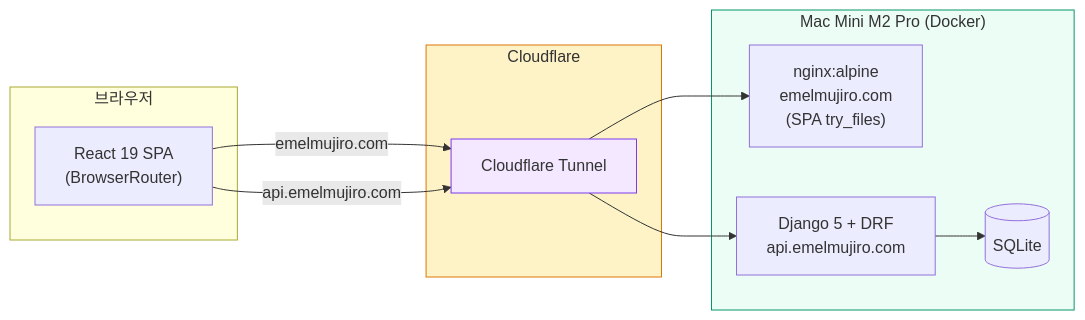
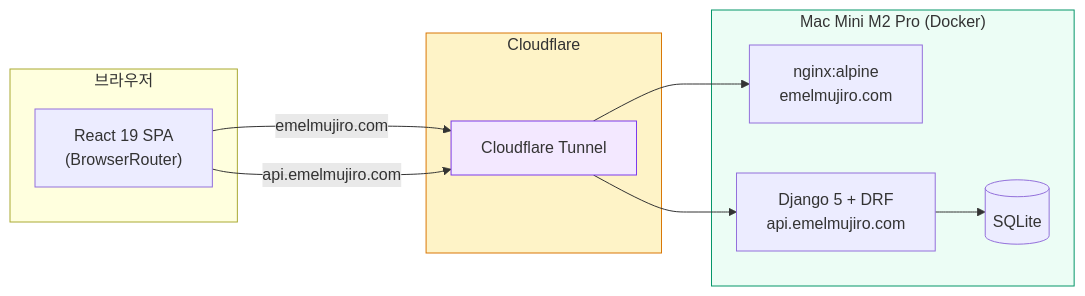
One commit to researcherhojin/emelmujiro changed the diagram in README.md. Above: the diagram before and after it, drawn with Mermaid. The commit also changed other lines of this file and 3 other files, not shown here.

````diff
--- a/README.md
+++ b/README.md
@@ -97,26 +81,26 @@
 ```mermaid
 graph LR
     subgraph Client["브라우저"]
         React["React 19 SPA<br/>(BrowserRouter)"]
     end
 
     subgraph CF["Cloudflare"]
         Tunnel["Cloudflare Tunnel"]
     end
 
     subgraph MacMini["Mac Mini M2 Pro (Docker)"]
-        Nginx["nginx:alpine<br/>emelmujiro.com<br/>(SPA try_files)"]
+        Nginx["nginx:alpine<br/>emelmujiro.com"]
         DRF["Django 5 + DRF<br/>api.emelmujiro.com"]
         DB[(SQLite)]
     end
 
     React -->|"emelmujiro.com"| Tunnel
     React -->|"api.emelmujiro.com"| Tunnel
     Tunnel --> Nginx
     Tunnel --> DRF
     DRF --> DB
 
     style Tunnel fill:#F3E8FF,stroke:#7C3AED
     style MacMini fill:#ECFDF5,stroke:#059669
     style CF fill:#FEF3C7,stroke:#D97706
 ```
````
